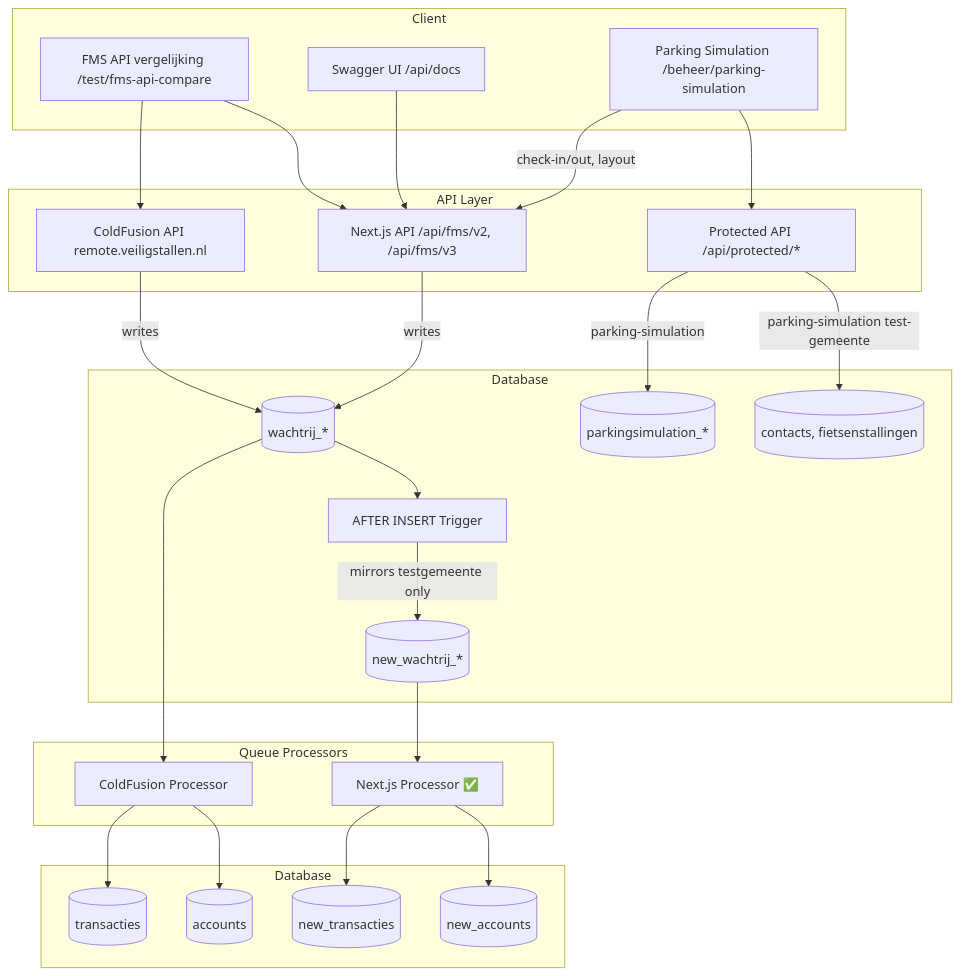
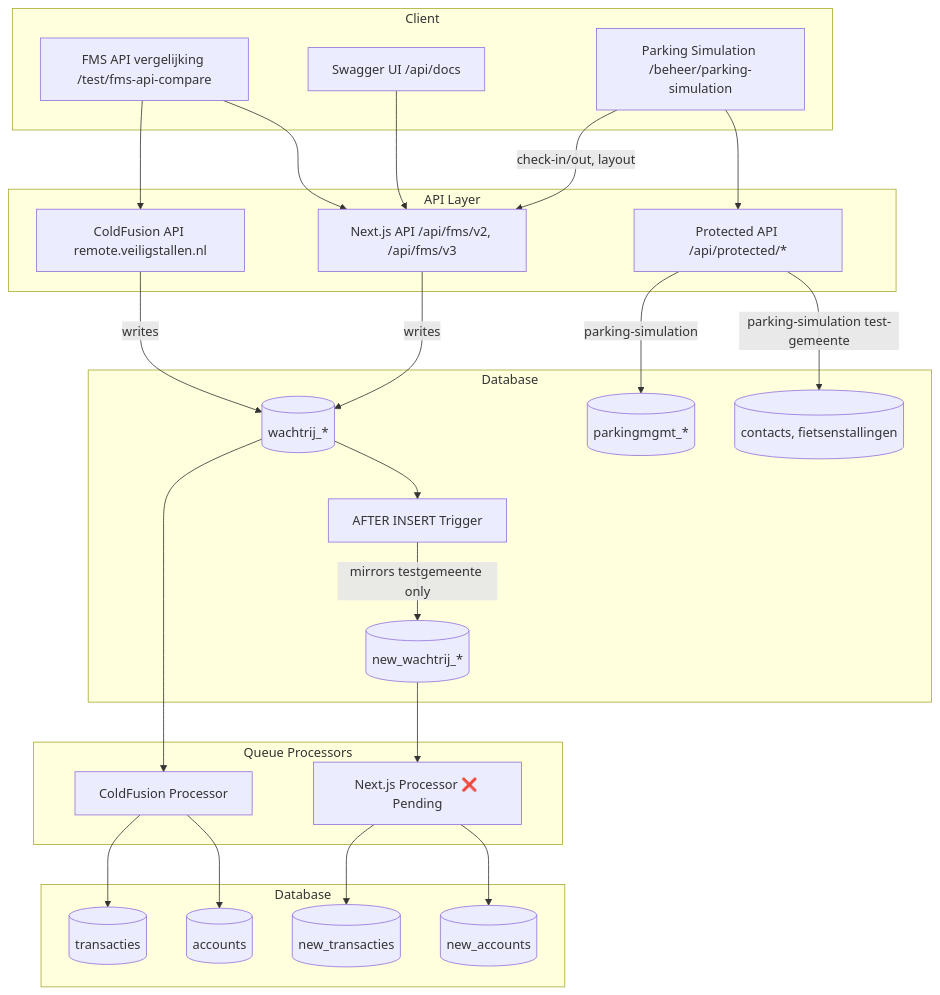
Before and after one commit to Stichting-CROW/fietsberaad-veiligstallen-app: the first of 8 diagrams in docs/analyse-motorblok/API_PORTING_PLAN.md, drawn with Mermaid. The commit also changed other lines of this file and 43 other files, not shown here.

````diff
--- a/docs/analyse-motorblok/API_PORTING_PLAN.md
+++ b/docs/analyse-motorblok/API_PORTING_PLAN.md
@@ -60,54 +60,54 @@
 ```mermaid
 flowchart TB
     subgraph Client [Client]
         ComparePage[FMS API vergelijking /test/fms-api-compare]
         SwaggerUI[Swagger UI /api/docs]
-        Parkingsimulation[Parking Simulation /beheer/parking-simulation]
+        ParkingMgmt[Parking Simulation /beheer/parking-simulation]
     end
 
     subgraph API [API Layer]
         CFAPI[ColdFusion API remote.veiligstallen.nl]
         NextAPI[Next.js API /api/fms/v2, /api/fms/v3]
         ProtectedAPI[Protected API /api/protected/*]
     end
 
     subgraph DB [Database]
         Wachtrij[("wachtrij_*")]
         Trigger[AFTER INSERT Trigger]
         NewWachtrij[("new_wachtrij_*")]
-        ParkingsimulationTables[("parkingsimulation_*")]
+        ParkingMgmtTables[("parkingmgmt_*")]
         MainSchema[("contacts, fietsenstallingen")]
     end 
 
     subgraph DB2 [Database]
         Transacties[(transacties)]
         Accounts[(accounts)]
         NewTransacties[(new_transacties)]
         NewAccounts[(new_accounts)]
     end
 
     subgraph Processors [Queue Processors]
         CFProc[ColdFusion Processor]
-        NextProc[Next.js Processor ✅]
+        NextProc[Next.js Processor ❌ Pending]
     end
 
     ComparePage --> CFAPI
     ComparePage --> NextAPI
     SwaggerUI --> NextAPI
-    Parkingsimulation --> ProtectedAPI
-    Parkingsimulation -->|check-in/out, layout| NextAPI
+    ParkingMgmt --> ProtectedAPI
+    ParkingMgmt -->|check-in/out, layout| NextAPI
 
     CFAPI -->|writes| Wachtrij
     NextAPI -->|writes| Wachtrij
-    ProtectedAPI -->|parking-simulation| ParkingsimulationTables
+    ProtectedAPI -->|parking-simulation| ParkingMgmtTables
     ProtectedAPI -->|parking-simulation test-gemeente| MainSchema
 
     Wachtrij --> Trigger
     Trigger -->|mirrors testgemeente only| NewWachtrij
     Wachtrij --> CFProc
     CFProc --> Transacties
     CFProc --> Accounts
     NewWachtrij --> NextProc
     NextProc --> NewTransacties
     NextProc --> NewAccounts
 ```
````
